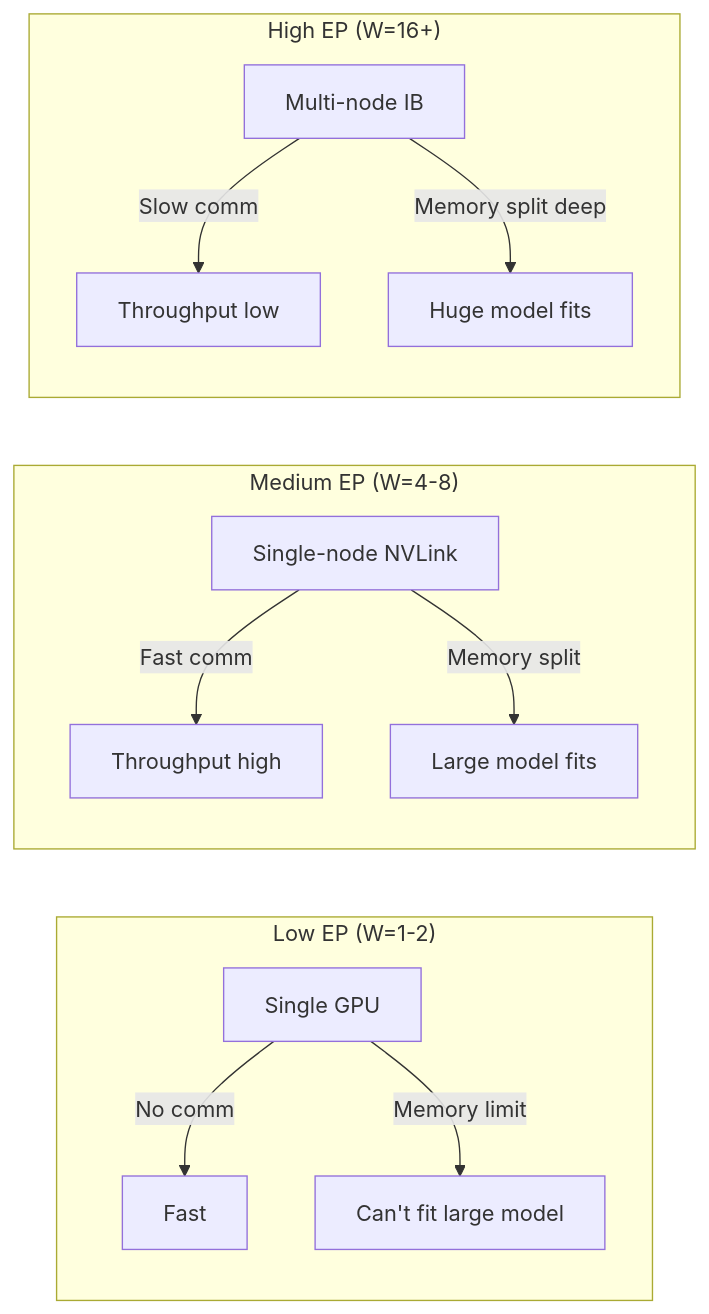
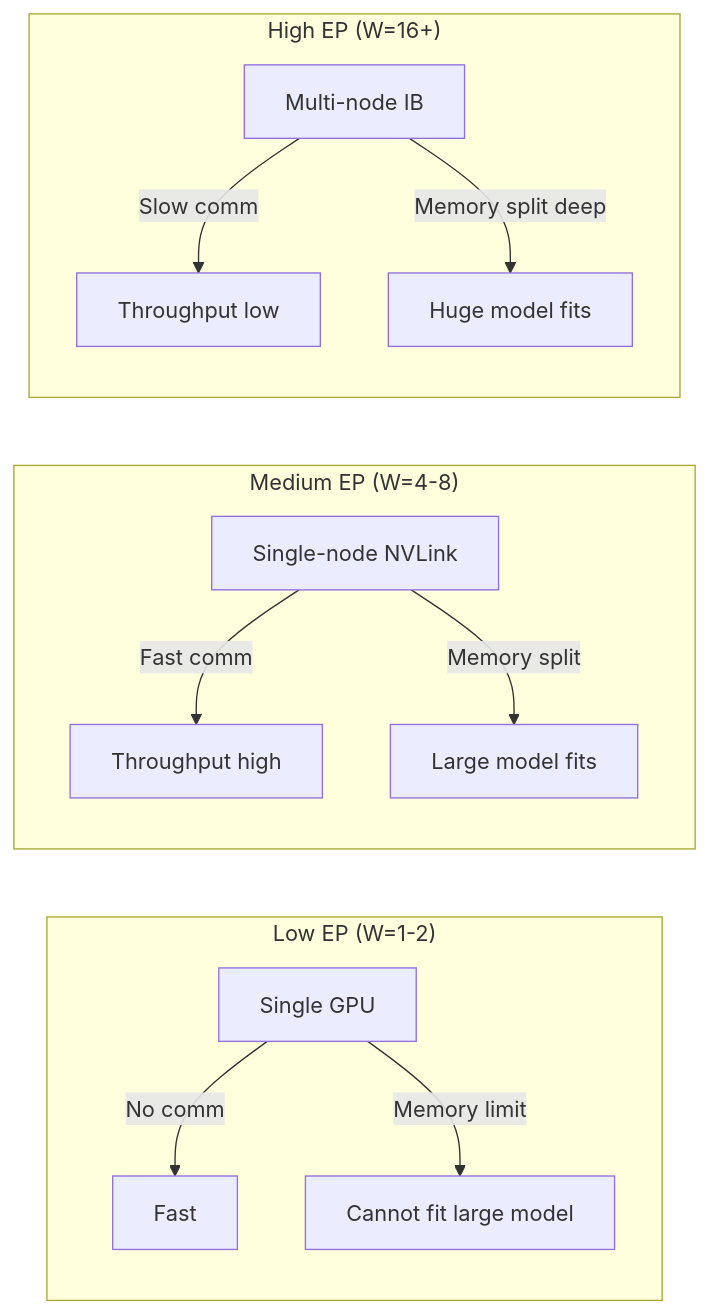
One commit to tuandung222/mixture-of-experts-from-source changed the third of 3 diagrams in docs/06-mathematical-modeling/05-communication-analysis.md. Above: the diagram before and after it, drawn with Mermaid. The commit also changed other lines of this file and 9 other files, not shown here.

Commit message:
D8: fix Mermaid parse errors, add qa:mermaid validator + update AGENTS.md

````diff
--- a/docs/06-mathematical-modeling/05-communication-analysis.md
+++ b/docs/06-mathematical-modeling/05-communication-analysis.md
@@ -265,15 +265,15 @@
 ```mermaid
 graph LR
     subgraph Low["Low EP (W=1-2)"]
-        L1[Single GPU] -->|No comm| L2[Fast]
-        L1 -->|Memory limit| L3[Can't fit large model]
+        L1["Single GPU"] -->|"No comm"| L2["Fast"]
+        L1 -->|"Memory limit"| L3["Cannot fit large model"]
     end
     subgraph Med["Medium EP (W=4-8)"]
-        M1[Single-node NVLink] -->|Fast comm| M2[Throughput high]
-        M1 -->|Memory split| M3[Large model fits]
+        M1["Single-node NVLink"] -->|"Fast comm"| M2["Throughput high"]
+        M1 -->|"Memory split"| M3["Large model fits"]
     end
     subgraph High["High EP (W=16+)"]
-        H1[Multi-node IB] -->|Slow comm| H2[Throughput low]
-        H1 -->|Memory split deep| H3[Huge model fits]
+        H1["Multi-node IB"] -->|"Slow comm"| H2["Throughput low"]
+        H1 -->|"Memory split deep"| H3["Huge model fits"]
     end
 ```
````
